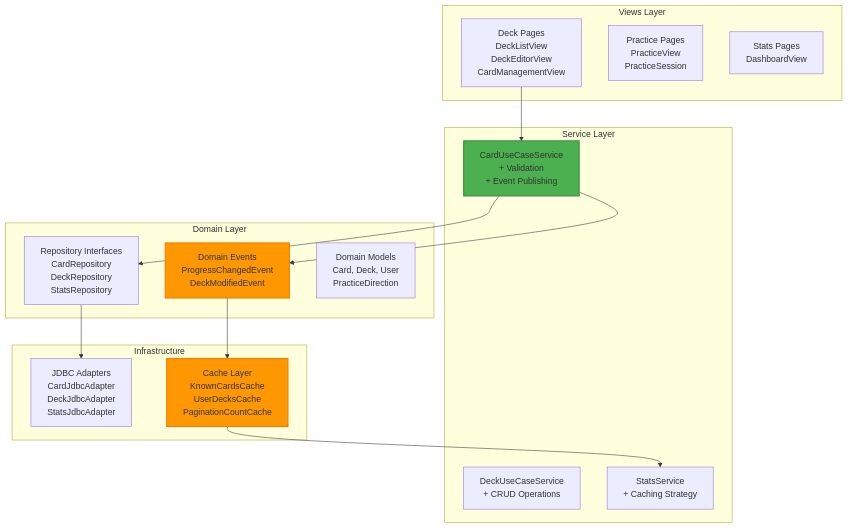
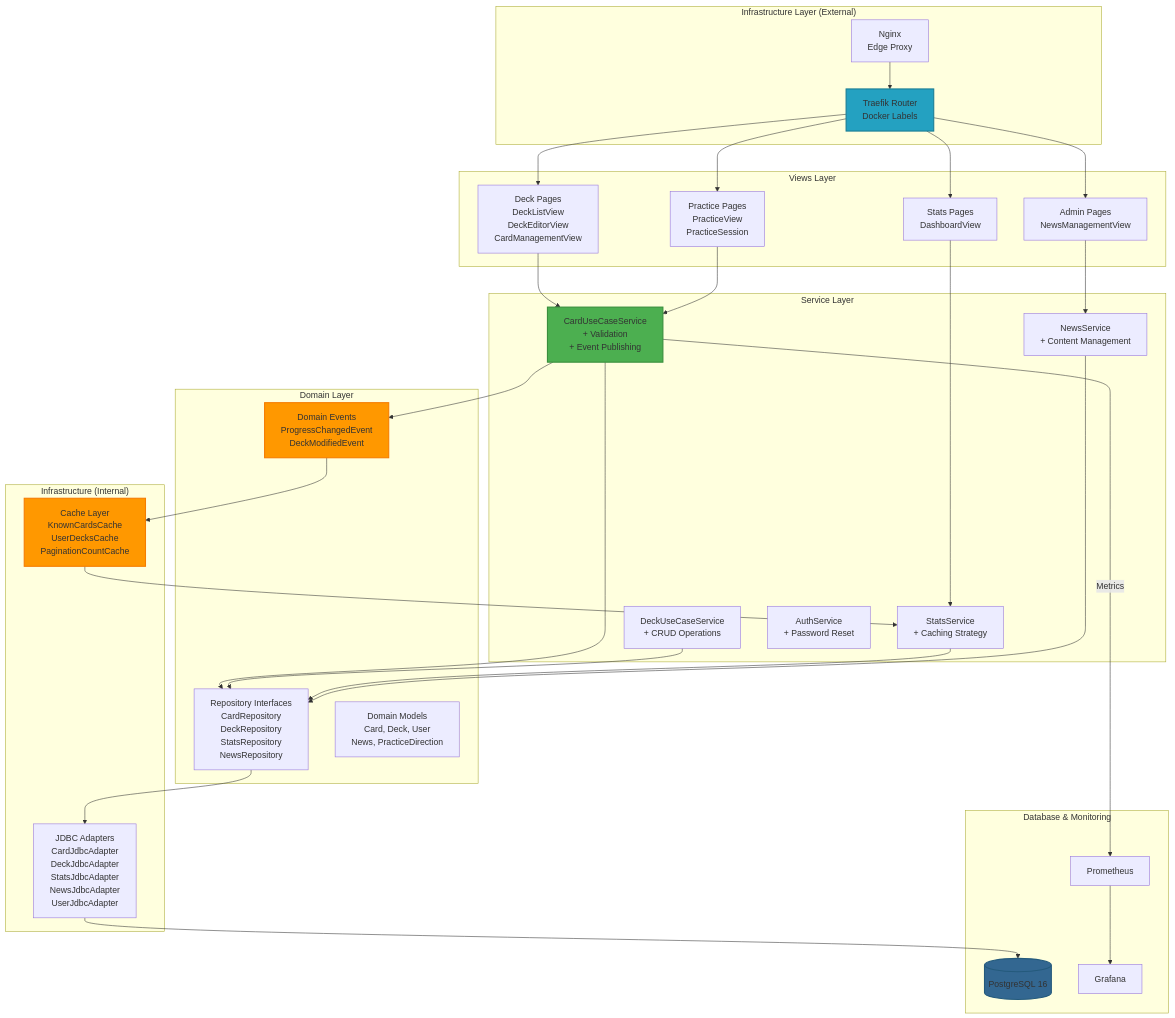
One commit to apolenkov/memocards changed the third of 9 diagrams in docs/architecture.md. Above: the diagram before and after it, drawn with Mermaid. The commit also changed other lines of this file and 9 other files, not shown here.

First line of the commit message:
feat(infrastructure): enhance Traefik and Nginx configurations for improved routing and monitoring

````diff
--- a/docs/architecture.md
+++ b/docs/architecture.md
@@ -101,37 +126,71 @@
 ```mermaid
 graph TB
+    subgraph "Infrastructure Layer (External)"
+        Nginx[Nginx<br/>Edge Proxy]
+        Traefik[Traefik Router<br/>Docker Labels]
+    end
+    
     subgraph "Views Layer"
         DeckPages[Deck Pages<br/>DeckListView<br/>DeckEditorView<br/>CardManagementView]
         PracticePages[Practice Pages<br/>PracticeView<br/>PracticeSession]
         StatsPages[Stats Pages<br/>DashboardView]
+        AdminPages[Admin Pages<br/>NewsManagementView]
     end
     
     subgraph "Domain Layer"
-        Ports[Repository Interfaces<br/>CardRepository<br/>DeckRepository<br/>StatsRepository]
+        Ports[Repository Interfaces<br/>CardRepository<br/>DeckRepository<br/>StatsRepository<br/>NewsRepository]
         Events[Domain Events<br/>ProgressChangedEvent<br/>DeckModifiedEvent]
-        Models[Domain Models<br/>Card, Deck, User<br/>PracticeDirection]
+        Models[Domain Models<br/>Card, Deck, User<br/>News, PracticeDirection]
     end
     
     subgraph "Service Layer"
         CardUseCase[CardUseCaseService<br/>+ Validation<br/>+ Event Publishing]
         DeckUseCase[DeckUseCaseService<br/>+ CRUD Operations]
         StatsUseCase[StatsService<br/>+ Caching Strategy]
+        NewsUseCase[NewsService<br/>+ Content Management]
+        AuthUseCase[AuthService<br/>+ Password Reset]
     end
     
-    subgraph "Infrastructure"
-        Adapters[JDBC Adapters<br/>CardJdbcAdapter<br/>DeckJdbcAdapter<br/>StatsJdbcAdapter]
+    subgraph "Infrastructure (Internal)"
+        Adapters[JDBC Adapters<br/>CardJdbcAdapter<br/>DeckJdbcAdapter<br/>StatsJdbcAdapter<br/>NewsJdbcAdapter<br/>UserJdbcAdapter]
         CacheLayer[Cache Layer<br/>KnownCardsCache<br/>UserDecksCache<br/>PaginationCountCache]
     end
     
+    subgraph "Database & Monitoring"
+        PG[(PostgreSQL 16)]
+        Prometheus[Prometheus]
+        Grafana[Grafana]
+    end
+    
+    Nginx --> Traefik
+    Traefik --> DeckPages
+    Traefik --> PracticePages
+    Traefik --> StatsPages
+    Traefik --> AdminPages
+    
     DeckPages --> CardUseCase
+    PracticePages --> CardUseCase
+    StatsPages --> StatsUseCase
+    AdminPages --> NewsUseCase
+    
     CardUseCase --> Ports
+    DeckUseCase --> Ports
+    StatsUseCase --> Ports
+    NewsUseCase --> Ports
+    
     Ports --> Adapters
+    Adapters --> PG
     
     CardUseCase --> Events
     Events --> CacheLayer
     CacheLayer --> StatsUseCase
     
+    CardUseCase -->|Metrics| Prometheus
+    Prometheus --> Grafana
+    
+    style Traefik fill:#24a1c1,stroke:#1a7c94,stroke-width:2px
     style CardUseCase fill:#4caf50,stroke:#388e3c,stroke-width:2px
     style Events fill:#ff9800,stroke:#f57c00,stroke-width:2px
     style CacheLayer fill:#ff9800,stroke:#f57c00,stroke-width:2px
+    style PG fill:#336791,stroke:#245a7c,stroke-width:2px
 ```
````
